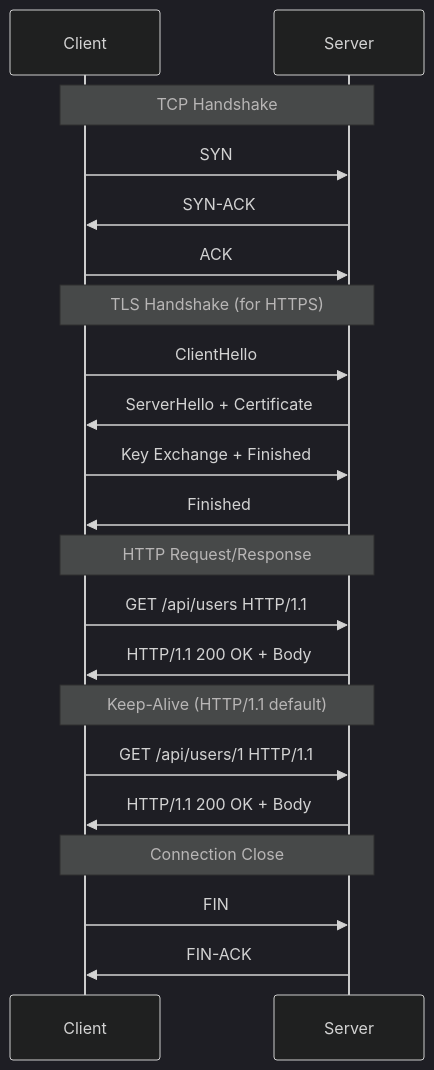
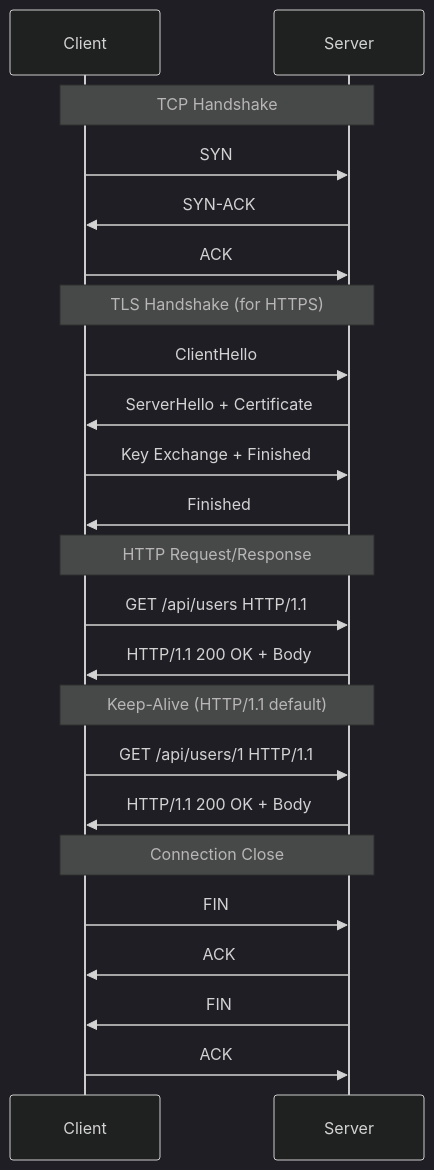
Before and after one commit to OneUptime/blog: the fifth of 5 diagrams in posts/2026-02-20-tcp-ip-networking-guide/README.md, drawn with Mermaid (dark theme). The commit also changed other lines of this file and 2 other files, not shown here.

````diff
--- a/posts/2026-02-20-tcp-ip-networking-guide/README.md
+++ b/posts/2026-02-20-tcp-ip-networking-guide/README.md
@@ -193,28 +194,30 @@
 ```mermaid
 sequenceDiagram
     participant Client
     participant Server
 
     Note over Client,Server: TCP Handshake
     Client->>Server: SYN
     Server->>Client: SYN-ACK
     Client->>Server: ACK
 
     Note over Client,Server: TLS Handshake (for HTTPS)
     Client->>Server: ClientHello
     Server->>Client: ServerHello + Certificate
     Client->>Server: Key Exchange + Finished
     Server->>Client: Finished
 
     Note over Client,Server: HTTP Request/Response
     Client->>Server: GET /api/users HTTP/1.1
     Server->>Client: HTTP/1.1 200 OK + Body
 
     Note over Client,Server: Keep-Alive (HTTP/1.1 default)
     Client->>Server: GET /api/users/1 HTTP/1.1
     Server->>Client: HTTP/1.1 200 OK + Body
 
     Note over Client,Server: Connection Close
     Client->>Server: FIN
-    Server->>Client: FIN-ACK
+    Server->>Client: ACK
+    Server->>Client: FIN
+    Client->>Server: ACK
 ```
````
